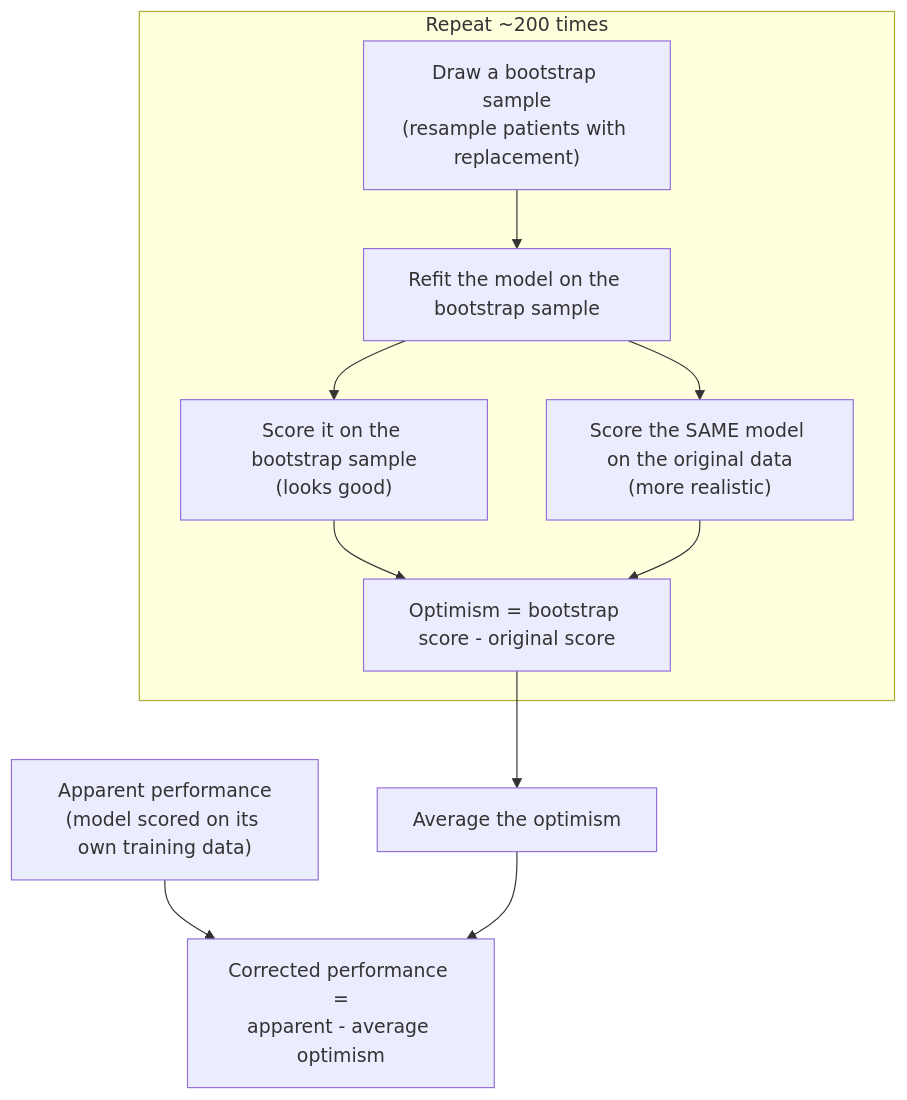
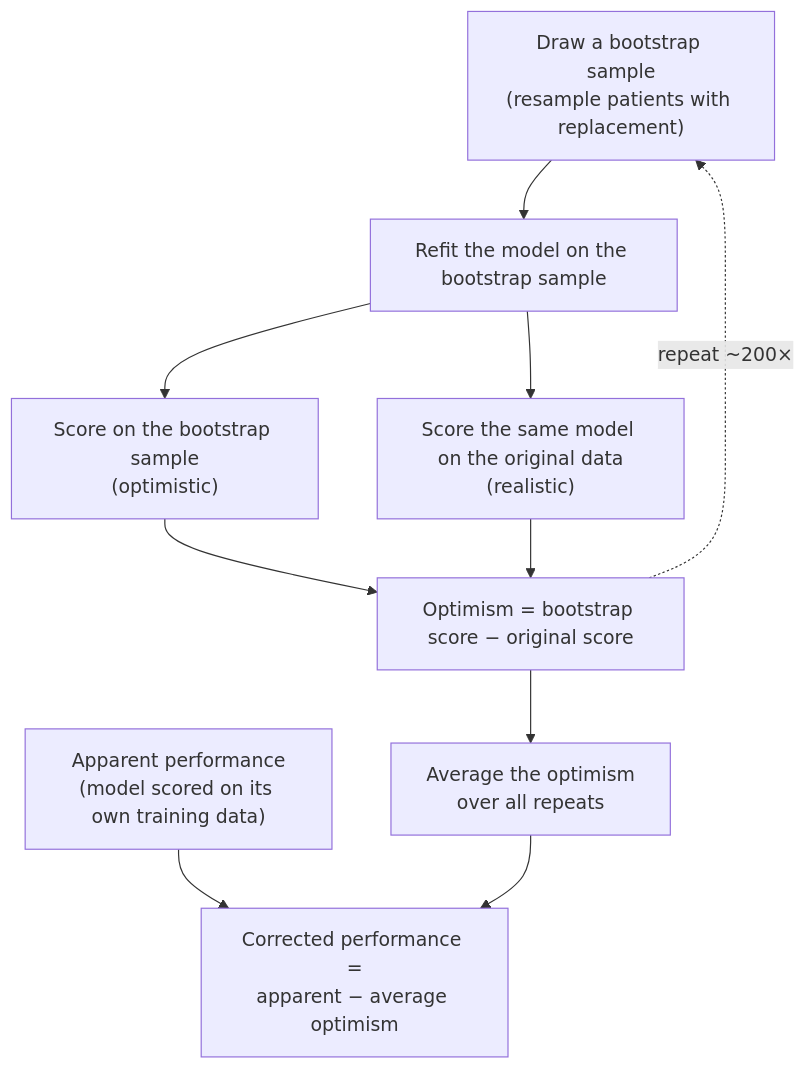
The second of 3 diagrams in chapters/11_performance_and_validation.qmd (Neclow/ML_and_Stats_Course), drawn with Mermaid before and after one commit. The commit also changed 6 other files, not shown here.

First line of the commit message:
Clean up unreadable mermaid diagrams: drop dark subgraph boxes

````diff
--- a/chapters/11_performance_and_validation.qmd
+++ b/chapters/11_performance_and_validation.qmd
@@ -451,19 +451,18 @@
 ```{mermaid}
 %%| echo: false
 %%| eval: true
 %%| label: fig-bootstrap-loop
 %%| fig-cap: "The bootstrap optimism-correction loop. The optimism measured over many resamples is subtracted from the apparent performance to give an honest, corrected estimate. Based on the optimism-correction procedure of @harrell2015 and @steyerberg2019."
 flowchart TB
     A["Apparent performance<br/>(model scored on its own training data)"]
-    subgraph LOOP["Repeat ~200 times"]
-        B["Draw a bootstrap sample<br/>(resample patients with replacement)"]
-        B --> C["Refit the model on the bootstrap sample"]
-        C --> D["Score it on the bootstrap sample<br/>(looks good)"]
-        C --> E["Score the SAME model on the original data<br/>(more realistic)"]
-        D --> F["Optimism = bootstrap score - original score"]
-        E --> F
-    end
-    F --> G["Average the optimism"]
-    A --> H["Corrected performance =<br/>apparent - average optimism"]
+    B["Draw a bootstrap sample<br/>(resample patients with replacement)"]
+    B --> C["Refit the model on the bootstrap sample"]
+    C --> D["Score on the bootstrap sample<br/>(optimistic)"]
+    C --> E["Score the same model on the original data<br/>(realistic)"]
+    D --> F["Optimism = bootstrap score − original score"]
+    E --> F
+    F -. "repeat ~200×" .-> B
+    F --> G["Average the optimism<br/>over all repeats"]
+    A --> H["Corrected performance =<br/>apparent − average optimism"]
     G --> H
 ```
````
